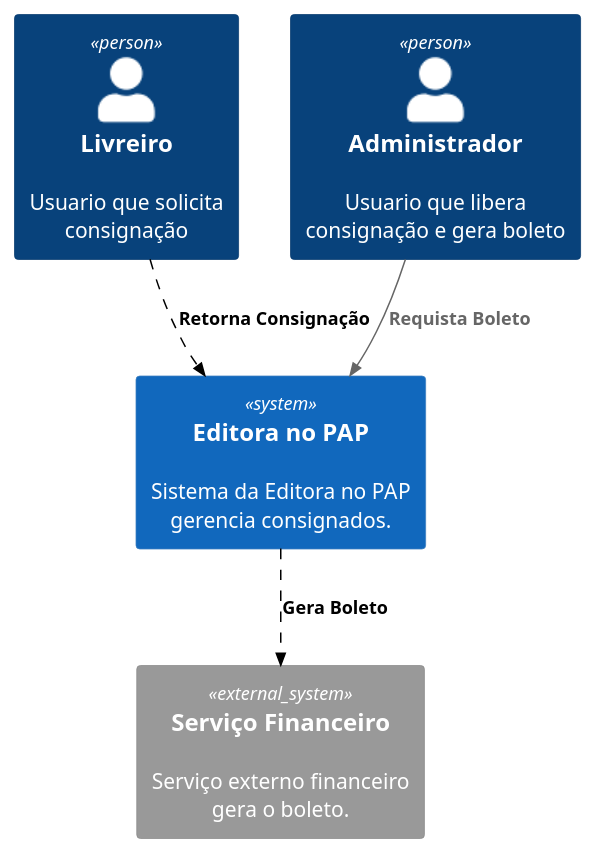
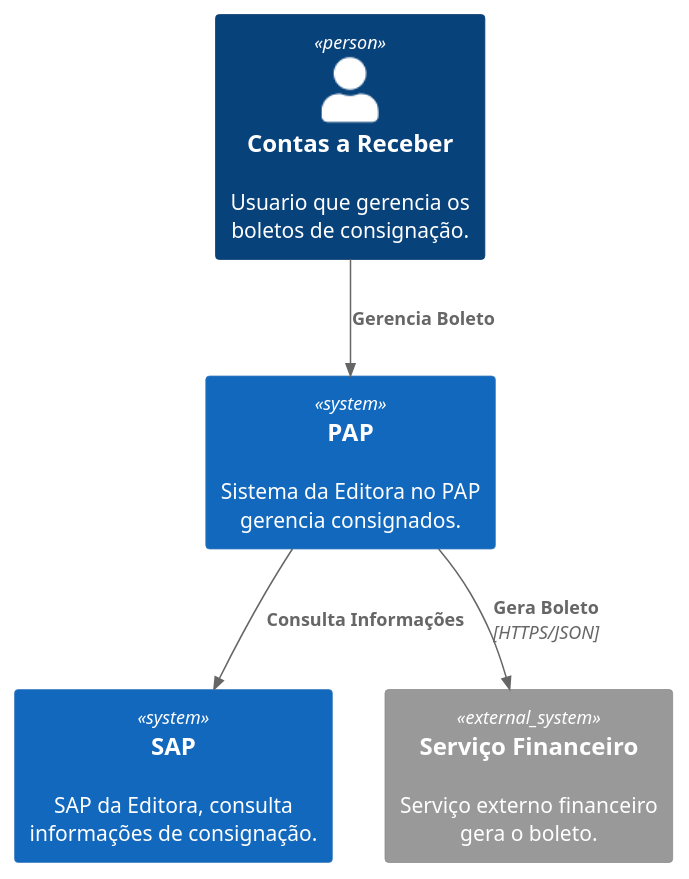
One commit to samoryfiotec/Editora changed the diagram in docs/Context.puml. Above: the diagram before and after it, drawn with PlantUML. The commit also changed 8 other files, not shown here.

Commit message:
Refeitos os diagramas

```diff
--- a/docs/Context.puml
+++ b/docs/Context.puml
@@ -1,16 +1,15 @@
 @startuml EditoraConsignadoContext
 !includeurl https://raw.githubusercontent.com/plantuml-stdlib/C4-PlantUML/master/C4_Context.puml
 
-
 AddRelTag("sync", $textColor="black", $lineColor="black", $lineStyle="dashed")
 
-Person(livreiro, "Livreiro", "Usuario que solicita consignação")
-Person(administrador, "Administrador", "Usuario que libera consignação e gera boleto")
-System(sistemaEditora, "Editora no PAP", "Sistema da Editora no PAP gerencia consignados.")
+Person(contas, "Contas a Receber", "Usuario que gerencia os boletos de consignação.")
+System(PAP, "PAP", "Sistema da Editora no PAP gerencia consignados.")
+System(SAP, "SAP", "SAP da Editora, consulta informações de consignação.")
 System_Ext(servicoFinanceiro, "Serviço Financeiro", "Serviço externo financeiro gera o boleto.")
 
-Rel(livreiro, sistemaEditora, "Retorna Consignação", $tags="sync")
-Rel(administrador, sistemaEditora, "Requista Boleto")
-Rel(sistemaEditora, servicoFinanceiro, "Gera Boleto", $tags="sync")
+Rel(contas, PAP, "Gerencia Boleto")
+Rel(PAP, servicoFinanceiro, "Gera Boleto", "HTTPS/JSON")
+Rel(PAP, SAP, "Consulta Informações")
 
 @enduml
```
